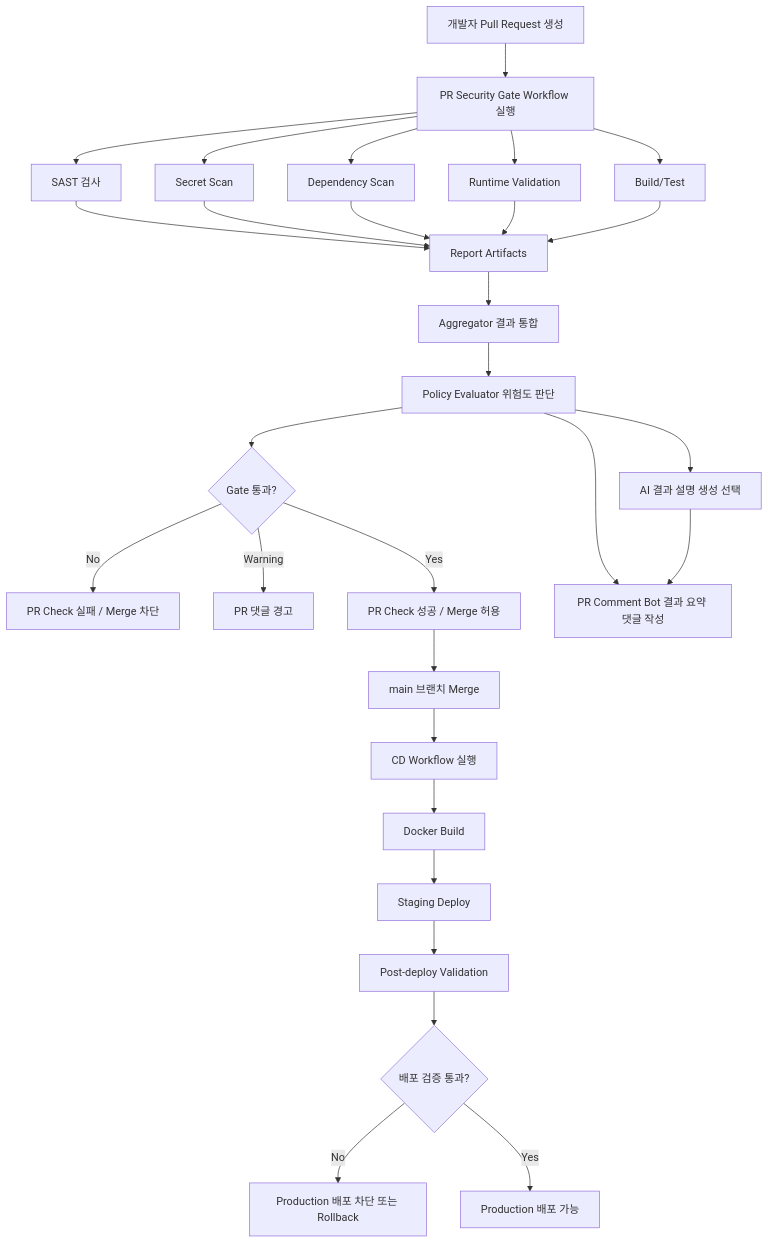
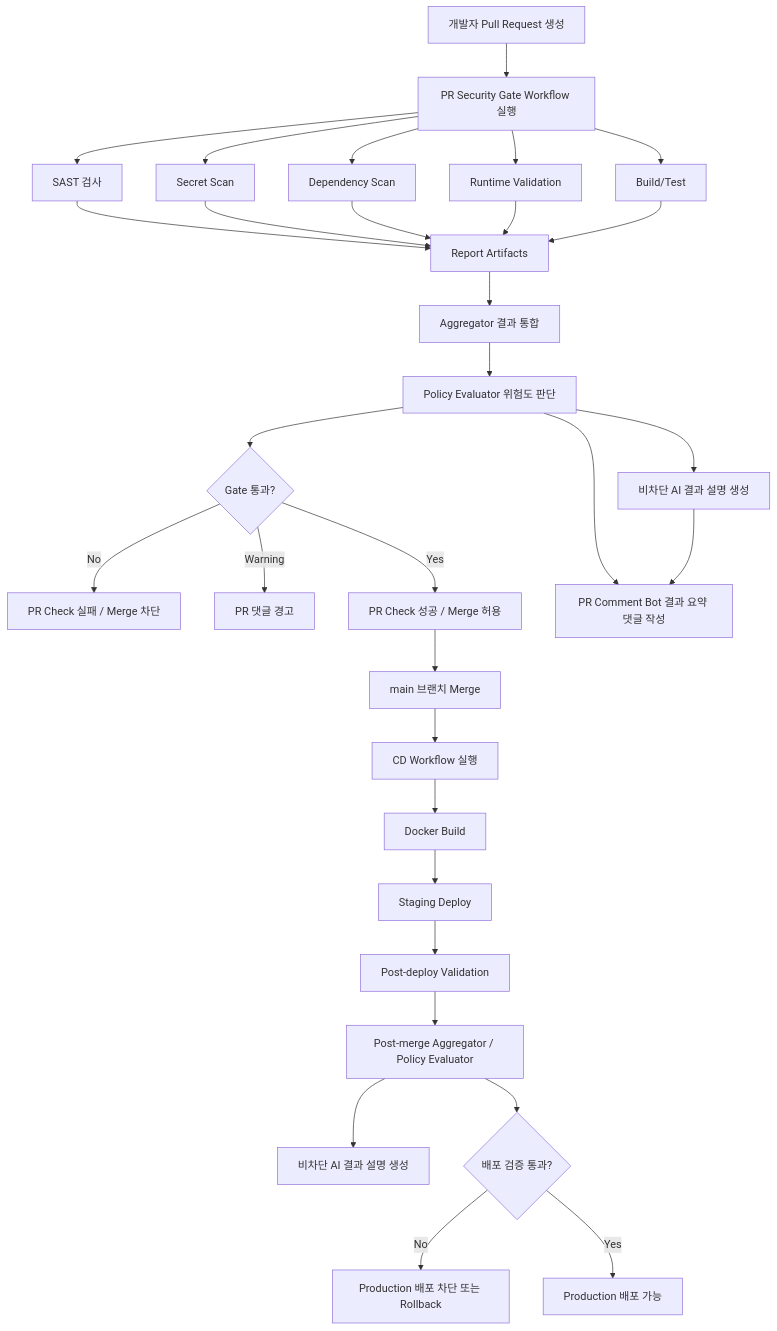
The diagram in README.md (KT-TECHUP-PROJECT5/secure_gate), drawn with Mermaid before and after one commit. The commit also changed other lines of this file and 15 other files, not shown here.

First line of the commit message:
feat(runtime): post-merge AI 보고서와 ZAP full scan 검증 보완

````diff
--- a/README.md
+++ b/README.md
@@ -28,39 +28,41 @@
 ```mermaid
 flowchart TD
     A[개발자 Pull Request 생성] --> B[PR Security Gate Workflow 실행]
 
     B --> C[Build/Test]
     B --> D[SAST 검사]
     B --> E[Secret Scan]
     B --> F[Dependency Scan]
     B --> G[Runtime Validation]
 
     D --> H[Report Artifacts]
     E --> H
     F --> H
     G --> H
     C --> H
 
     H --> I[Aggregator 결과 통합]
     I --> J[Policy Evaluator 위험도 판단]
 
     J --> K{Gate 통과?}
 
     K -- No --> L[PR Check 실패 / Merge 차단]
     K -- Warning --> M[PR 댓글 경고]
     K -- Yes --> N[PR Check 성공 / Merge 허용]
 
-    J --> X[AI 결과 설명 생성 선택]
+    J --> X[비차단 AI 결과 설명 생성]
     J --> O[PR Comment Bot 결과 요약 댓글 작성]
     X --> O
 
     N --> P[main 브랜치 Merge]
     P --> Q[CD Workflow 실행]
     Q --> R[Docker Build]
     R --> S[Staging Deploy]
     S --> T[Post-deploy Validation]
-    T --> U{배포 검증 통과?}
+    T --> Y[Post-merge Aggregator / Policy Evaluator]
+    Y --> Z[비차단 AI 결과 설명 생성]
+    Y --> U{배포 검증 통과?}
 
     U -- No --> V[Production 배포 차단 또는 Rollback]
     U -- Yes --> W[Production 배포 가능]
 ```
````
